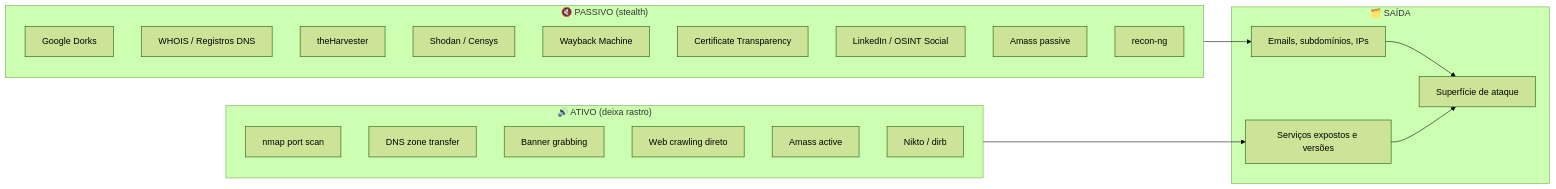
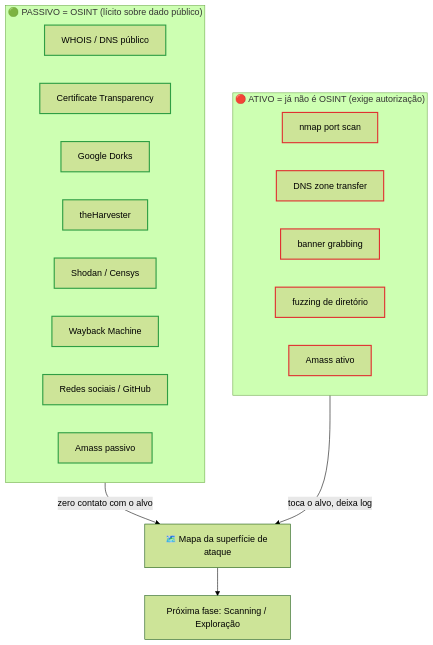
Before and after one commit to wesleyfolly/aulas: the third of 5 diagrams in content/Tópicos/Segurança da informação/Coleta de informações.md, drawn with Mermaid (forest theme). The commit also changed other lines of this file and 3 other files, not shown here.

````diff
--- a/content/Tópicos/Segurança da informação/Coleta de informações.md
+++ b/content/Tópicos/Segurança da informação/Coleta de informações.md
@@ -113,31 +176,30 @@
 ```mermaid
-graph LR
-    subgraph PASSIVO["🔇 PASSIVO (stealth)"]
-        P1[Google Dorks]
-        P2[WHOIS / Registros DNS]
-        P3[theHarvester]
-        P4[Shodan / Censys]
-        P5[Wayback Machine]
-        P6[Certificate Transparency]
-        P7[LinkedIn / OSINT Social]
-        P8[Amass passive]
-        P9[recon-ng]
+flowchart TB
+    subgraph PASSIVO["🟢 PASSIVO = OSINT (lícito sobre dado público)"]
+        direction LR
+        P1[WHOIS / DNS público]
+        P2[Certificate Transparency]
+        P3[Google Dorks]
+        P4[theHarvester]
+        P5[Shodan / Censys]
+        P6[Wayback Machine]
+        P7[Redes sociais / GitHub]
+        P8[Amass passivo]
     end
-    subgraph ATIVO["🔊 ATIVO (deixa rastro)"]
+    subgraph ATIVO["🔴 ATIVO = já não é OSINT (exige autorização)"]
+        direction LR
         A1[nmap port scan]
         A2[DNS zone transfer]
-        A3[Banner grabbing]
-        A4[Web crawling direto]
-        A5[Amass active]
-        A6[Nikto / dirb]
+        A3[banner grabbing]
+        A4[fuzzing de diretório]
+        A5[Amass ativo]
     end
-    subgraph RESULTADO["🗂️ SAÍDA"]
-        R1[Emails, subdomínios, IPs]
-        R2[Serviços expostos e versões]
-        R3[Superfície de ataque]
-    end
-    PASSIVO --> R1
-    ATIVO --> R2
-    R1 --> R3
-    R2 --> R3
+    PASSIVO -->|"zero contato com o alvo"| MAPA["🗺️ Mapa da superfície de ataque"]
+    ATIVO -->|"toca o alvo, deixa log"| MAPA
+    MAPA --> PROX["Próxima fase: Scanning / Exploração"]
+
+    classDef verde stroke:#2f9e44,stroke-width:2px
+    classDef vermelho stroke:#e03131,stroke-width:2px
+    class P1,P2,P3,P4,P5,P6,P7,P8 verde
+    class A1,A2,A3,A4,A5 vermelho
 ```
````
